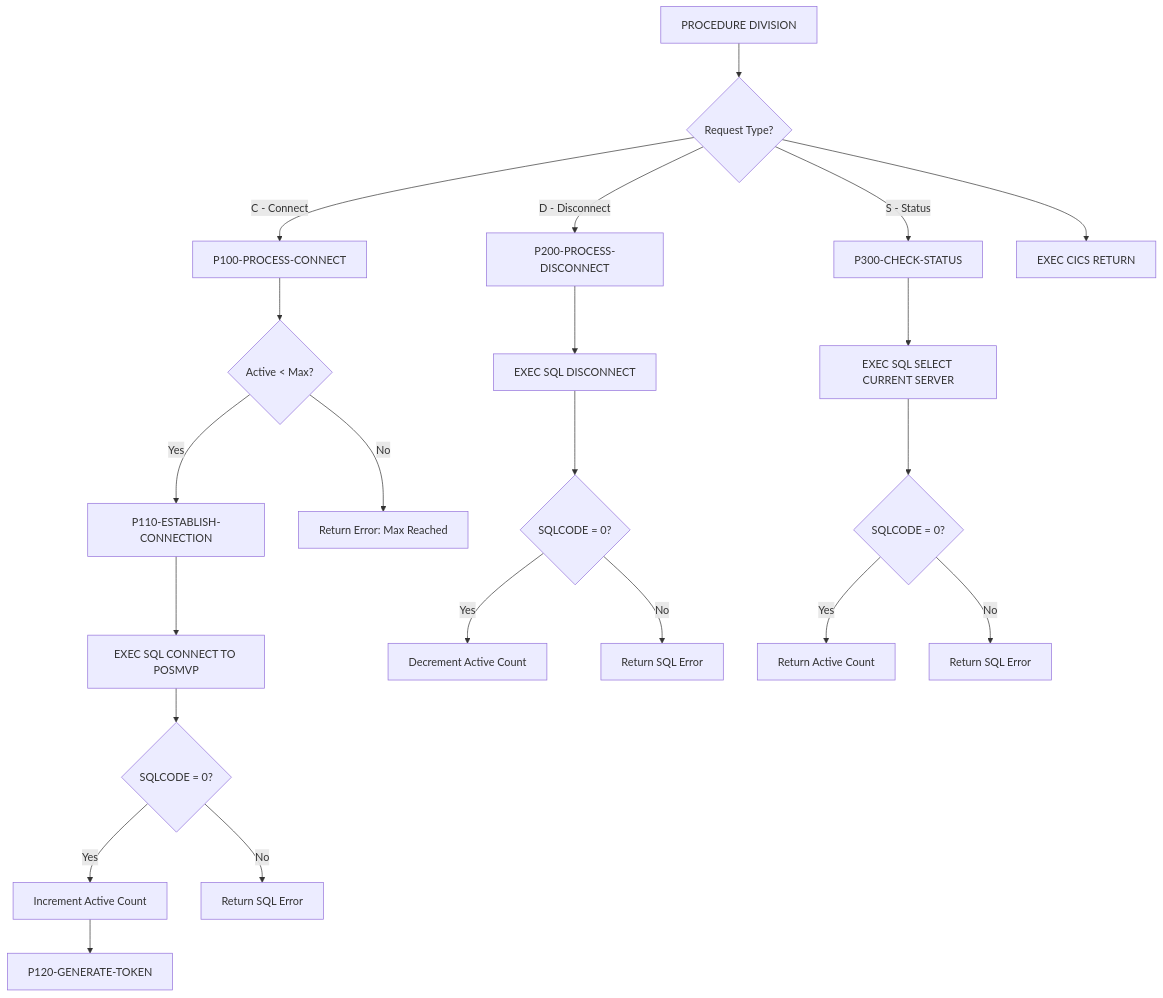
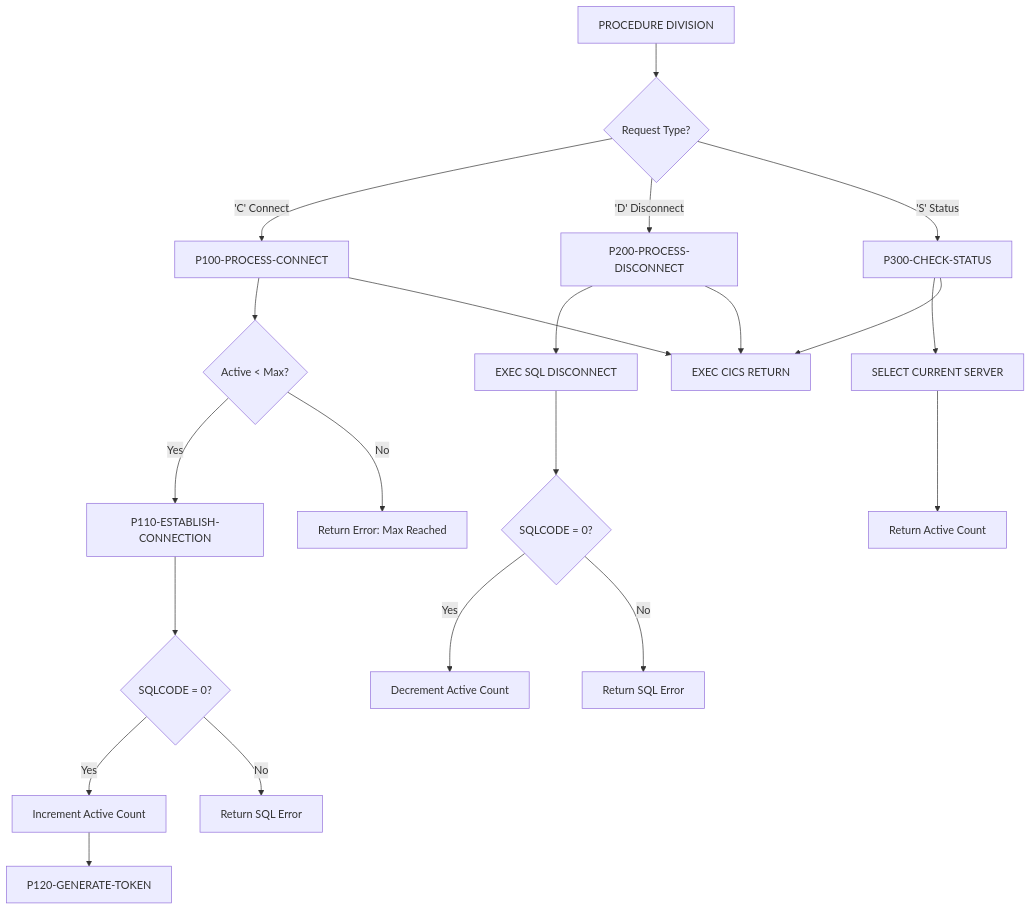
The diagram in docs/programs/DB2ONLN.mdx (haladir-com/legacy-benchmark-docs-vb70e1), drawn with Mermaid before and after one commit. The commit also changed other lines of this file and 63 other files, not shown here.

````diff
--- a/docs/programs/DB2ONLN.mdx
+++ b/docs/programs/DB2ONLN.mdx
@@ -22,29 +20,28 @@
 ```mermaid
 graph TD
     A[PROCEDURE DIVISION] --> B{Request Type?}
-    B --> |C - Connect| C[P100-PROCESS-CONNECT]
-    B --> |D - Disconnect| D[P200-PROCESS-DISCONNECT]
-    B --> |S - Status| E[P300-CHECK-STATUS]
+    B -->|'C' Connect| C[P100-PROCESS-CONNECT]
+    B -->|'D' Disconnect| D[P200-PROCESS-DISCONNECT]
+    B -->|'S' Status| E[P300-CHECK-STATUS]
     
     C --> C1{Active < Max?}
-    C1 --> |Yes| C2[P110-ESTABLISH-CONNECTION]
-    C1 --> |No| C3[Return Error: Max Reached]
+    C1 -->|Yes| C2[P110-ESTABLISH-CONNECTION]
+    C1 -->|No| C3[Return Error: Max Reached]
     
-    C2 --> C4[EXEC SQL CONNECT TO POSMVP]
-    C4 --> C5{SQLCODE = 0?}
-    C5 --> |Yes| C6[Increment Active Count]
-    C6 --> C7[P120-GENERATE-TOKEN]
-    C5 --> |No| C8[Return SQL Error]
+    C2 --> C4{SQLCODE = 0?}
+    C4 -->|Yes| C5[Increment Active Count]
+    C5 --> C6[P120-GENERATE-TOKEN]
+    C4 -->|No| C7[Return SQL Error]
     
     D --> D1[EXEC SQL DISCONNECT]
     D1 --> D2{SQLCODE = 0?}
-    D2 --> |Yes| D3[Decrement Active Count]
-    D2 --> |No| D4[Return SQL Error]
+    D2 -->|Yes| D3[Decrement Active Count]
+    D2 -->|No| D4[Return SQL Error]
     
-    E --> E1[EXEC SQL SELECT CURRENT SERVER]
-    E1 --> E2{SQLCODE = 0?}
-    E2 --> |Yes| E3[Return Active Count]
-    E2 --> |No| E4[Return SQL Error]
+    E --> E1[SELECT CURRENT SERVER]
+    E1 --> E2[Return Active Count]
     
-    B --> F[EXEC CICS RETURN]
+    C --> F[EXEC CICS RETURN]
+    D --> F
+    E --> F
 ```
````
